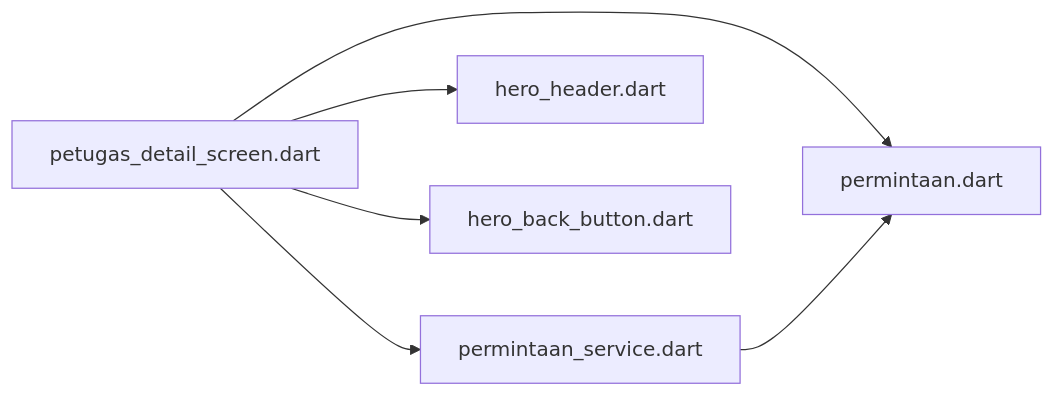
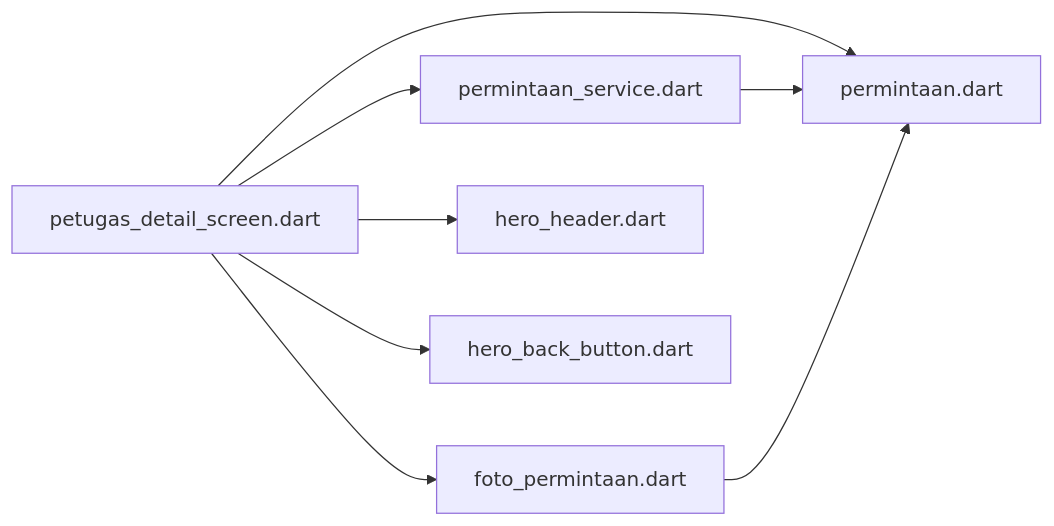
Before and after one commit to rdsarjito/whoosh-ramah: the seventh of 7 diagrams in .qoder/repowiki/en/content/Mobile Application/Staff Workflow/Task Detail Screen.md, drawn with Mermaid. The commit also changed other lines of this file and 68 other files, not shown here.

````diff
--- a/.qoder/repowiki/en/content/Mobile Application/Staff Workflow/Task Detail Screen.md
+++ b/.qoder/repowiki/en/content/Mobile Application/Staff Workflow/Task Detail Screen.md
@@ -310,8 +423,10 @@
 ```mermaid
 graph LR
 PDS["petugas_detail_screen.dart"] --> M["permintaan.dart"]
 PDS --> PS["permintaan_service.dart"]
+PDS --> FP["foto_permintaan.dart"]
 PDS --> HH["hero_header.dart"]
 PDS --> HBB["hero_back_button.dart"]
 PS --> M
+FP --> M
 ```
````
